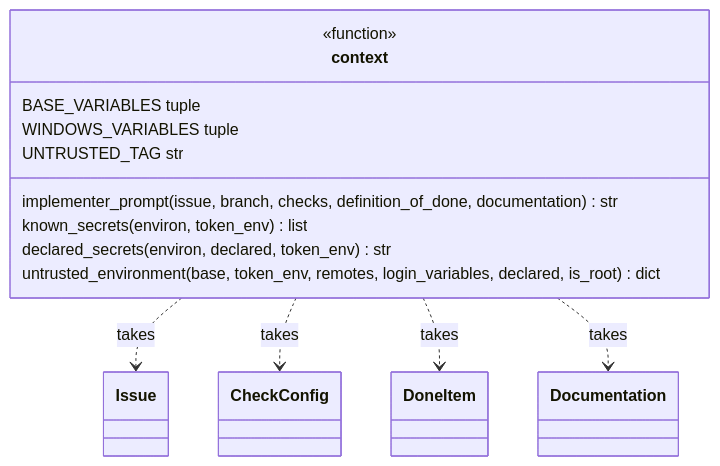
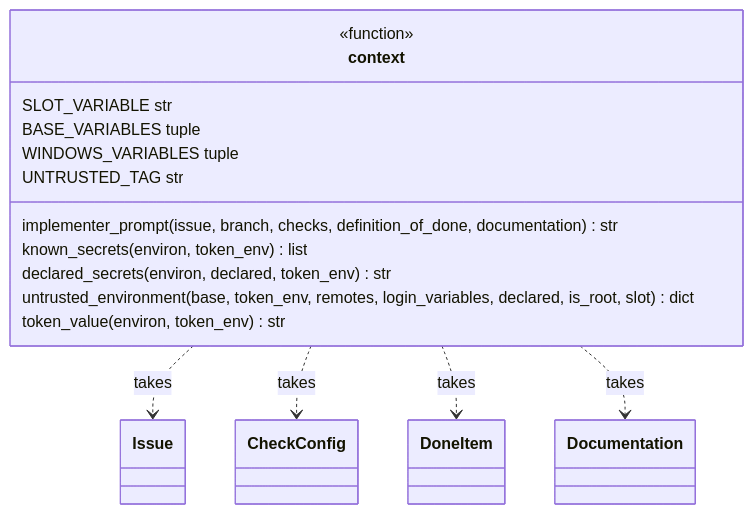
One commit to plaplanche/ariane changed the second of 3 diagrams in docs/architecture/modules/context.md. Above: the diagram before and after it, drawn with Mermaid. The commit also changed other lines of this file and 19 other files, not shown here.

````diff
--- a/docs/architecture/modules/context.md
+++ b/docs/architecture/modules/context.md
@@ -49,21 +51,23 @@
 ```mermaid
 classDiagram
 class context {
   <<function>>
   implementer_prompt(issue, branch, checks, definition_of_done, documentation) str
   known_secrets(environ, token_env) list
   declared_secrets(environ, declared, token_env) str
-  untrusted_environment(base, token_env, remotes, login_variables, declared, is_root) dict
+  untrusted_environment(base, token_env, remotes, login_variables, declared, is_root, slot) dict
+  token_value(environ, token_env) str
+  SLOT_VARIABLE str
   BASE_VARIABLES tuple
   WINDOWS_VARIABLES tuple
   UNTRUSTED_TAG str
 }
 class Issue
 class CheckConfig
 class DoneItem
 class Documentation
 context ..> Issue : takes
 context ..> CheckConfig : takes
 context ..> DoneItem : takes
 context ..> Documentation : takes
 ```
````
